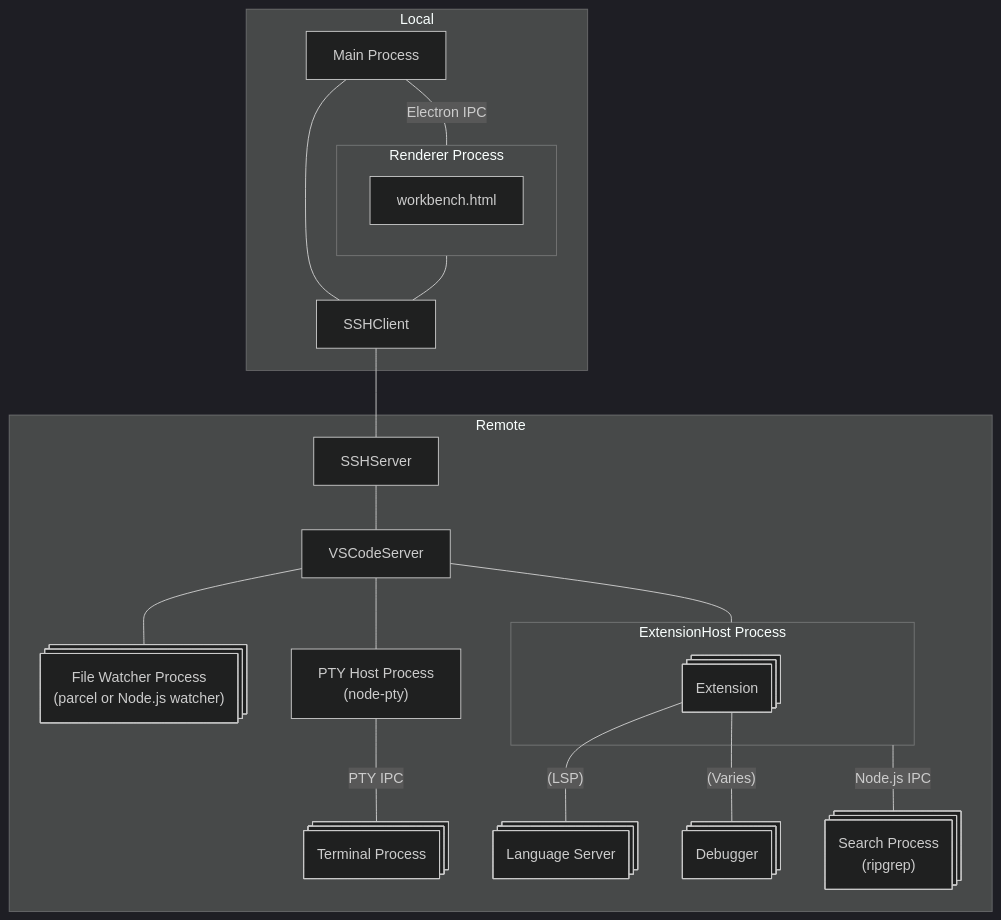
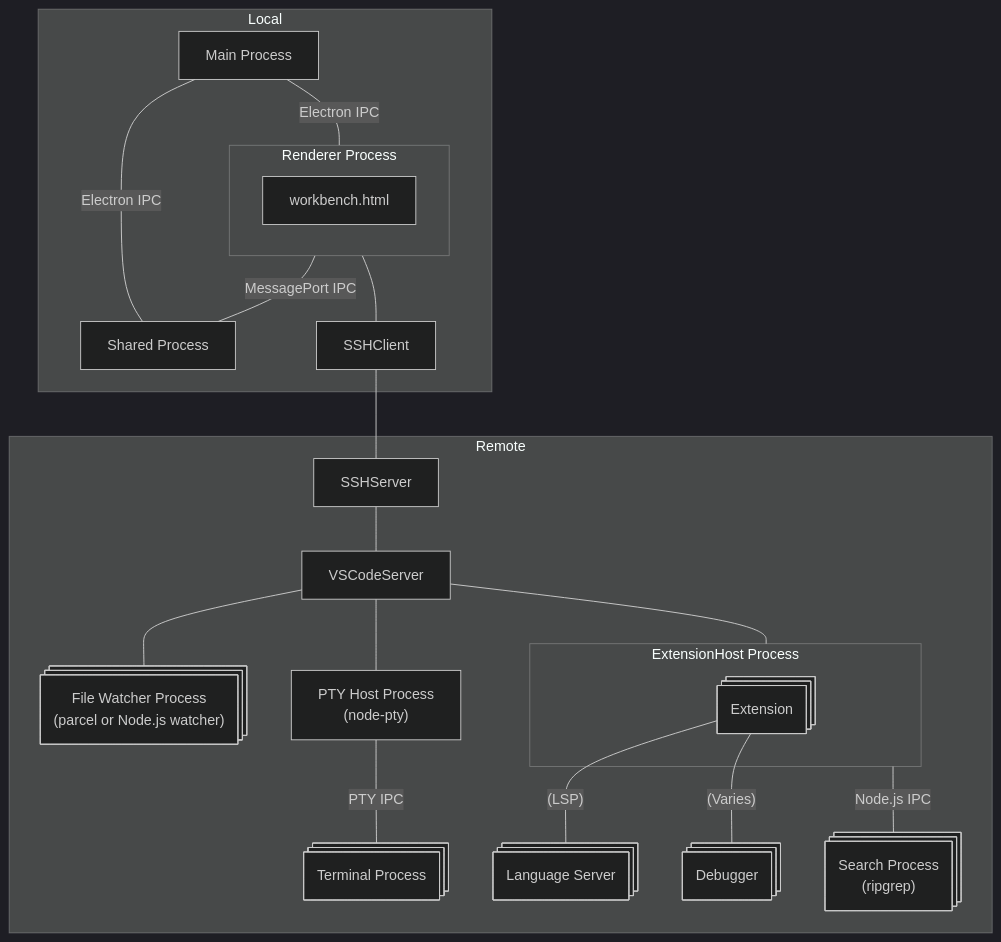
The diagram in dev/memo/arch_of_vscode_remote.md (tamuratak/latex-toybox), drawn with Mermaid (dark theme) before and after one commit.

Commit message:
fixup! fixup! fixup! fixup! fixup! fixup! fixup! fixup! fixup! fixup! fixup! feat: Add flowchart diagram for VS Code architecture in arch_of_vscode.md [skip ci]

````diff
--- a/dev/memo/arch_of_vscode_remote.md
+++ b/dev/memo/arch_of_vscode_remote.md
@@ -4,35 +4,37 @@
 ```mermaid
 flowchart TB
     subgraph Local
         MainProcess[Main Process]
         subgraph RendererProcess [Renderer Process]
             workbench.html
         end
+        SharedProcess[Shared Process]
         SSHClient
     end
     subgraph Remote
         SSHServer
         VSCodeServer
         subgraph ExtensionHostProcess  [ExtensionHost Process]
             Extension@{ shape: procs }
         end
         SearchProcess@{ shape: procs, label: "Search Process<br/>(ripgrep)" }
         PTYHostProcess@{ label: "PTY Host Process<br/>(node-pty)" }
         TerminalProcess@{ shape: procs, label: "Terminal Process" }
         FileWatcherProcess@{ shape: procs, label: "File Watcher Process<br/>(parcel or Node.js watcher)" }
         LanguageServer@{ shape: procs, label: "Language Server" }
         Debugger@{ shape: procs }
     end
     MainProcess -- Electron IPC --- RendererProcess
-    MainProcess --- SSHClient
+    MainProcess -- Electron IPC --- SharedProcess
+    RendererProcess -- MessagePort IPC --- SharedProcess
     RendererProcess --- SSHClient
     SSHClient --- SSHServer
     SSHServer --- VSCodeServer
     VSCodeServer --- ExtensionHostProcess
     VSCodeServer --- FileWatcherProcess
     VSCodeServer --- PTYHostProcess
     PTYHostProcess -- PTY IPC --- TerminalProcess
     ExtensionHostProcess -- Node.js IPC --- SearchProcess
     Extension -- (LSP) --- LanguageServer
     Extension -- (Varies) --- Debugger
 ```
````
